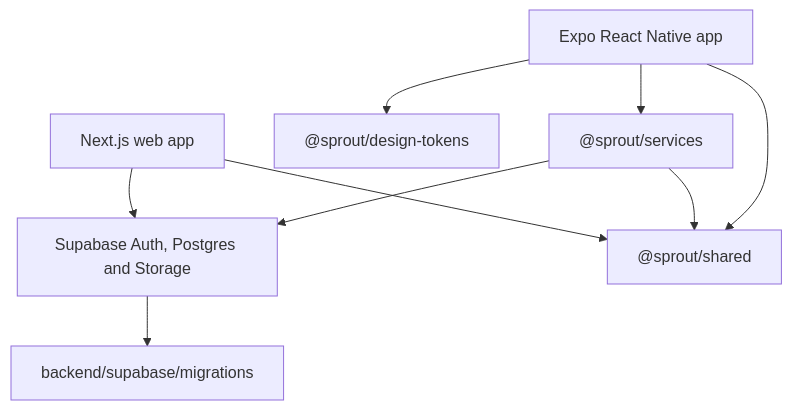
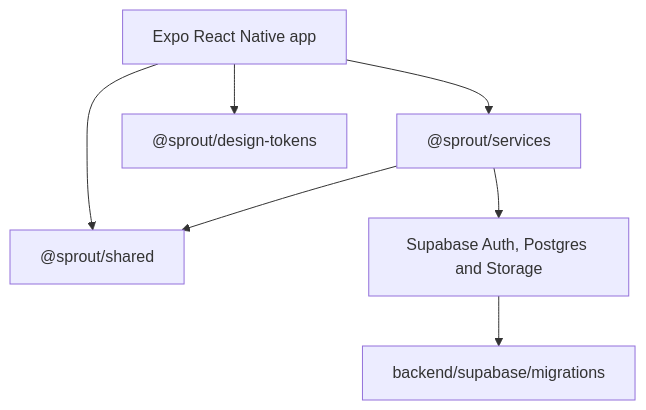
Before and after one commit to InsubJ/Sprout: the first of 2 diagrams in ARCHITECTURE.md, drawn with Mermaid. The commit also changed other lines of this file and 507 other files, not shown here.

````diff
--- a/ARCHITECTURE.md
+++ b/ARCHITECTURE.md
@@ -14,11 +13,9 @@
 ```mermaid
 flowchart TD
     Mobile["Expo React Native app"] --> Shared["@sprout/shared"]
-    Web["Next.js web app"] --> Shared
     Mobile --> Services["@sprout/services"]
     Services --> Shared
     Services --> Supabase["Supabase Auth, Postgres and Storage"]
-    Web --> Supabase
     Mobile --> Tokens["@sprout/design-tokens"]
     Supabase --> Migrations["backend/supabase/migrations"]
 ```
````
